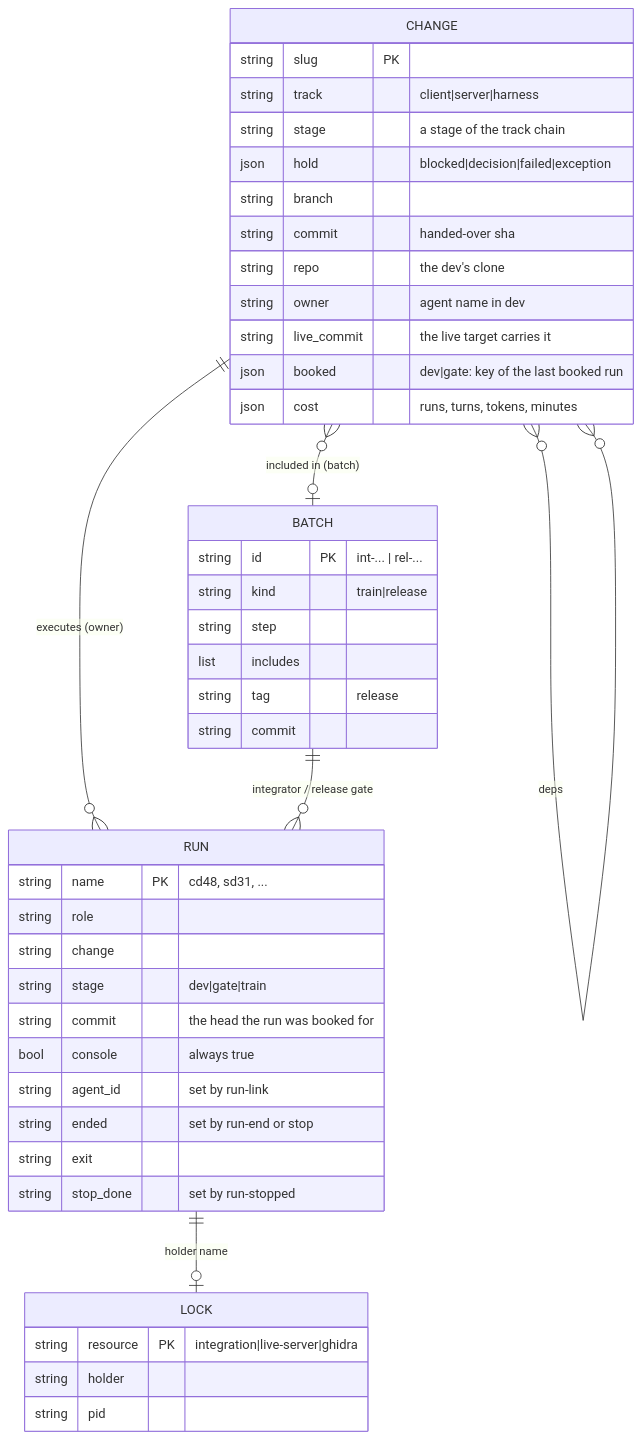
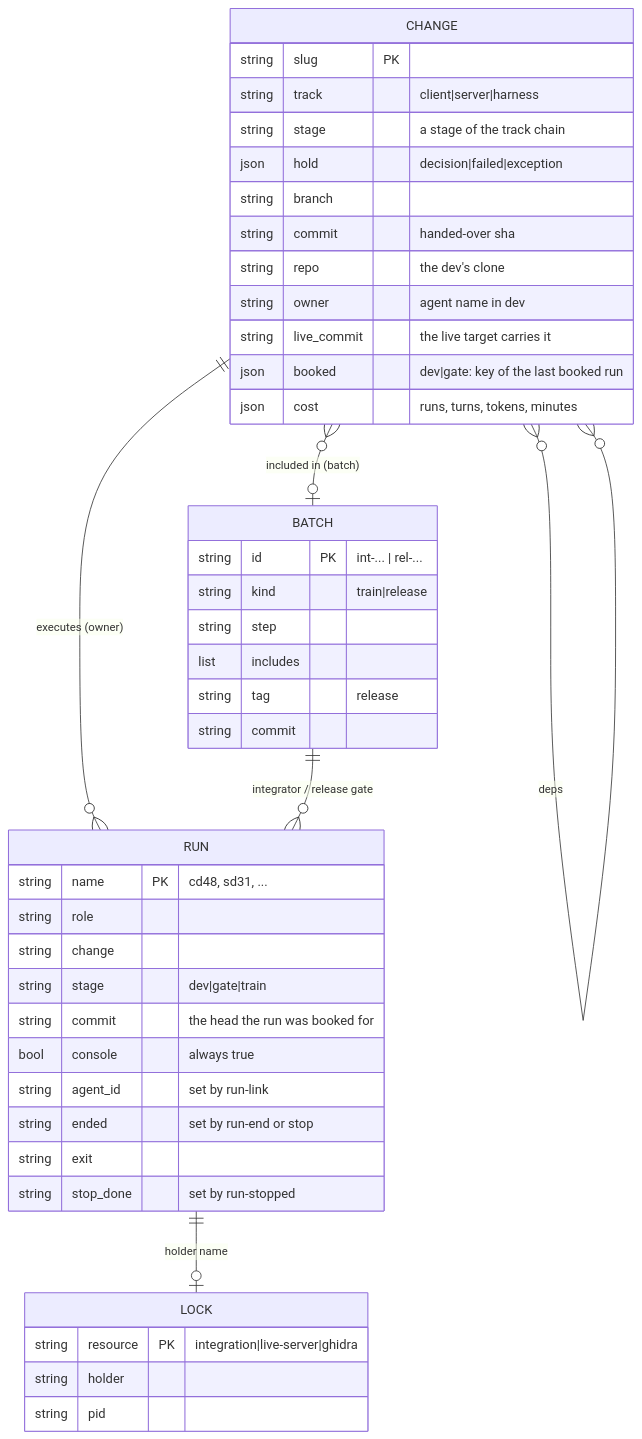
One commit to AlexPerrin/osrs-harness changed the second of 7 diagrams in docs/ARCHITECTURE.md. Above: the diagram before and after it, drawn with Mermaid. The commit also changed other lines of this file and 28 other files, not shown here.

````diff
--- a/docs/ARCHITECTURE.md
+++ b/docs/ARCHITECTURE.md
@@ -91,46 +94,46 @@
 ```mermaid
 erDiagram
   CHANGE ||--o{ RUN : "executes (owner)"
   CHANGE }o--o{ CHANGE : "deps"
   CHANGE }o--o| BATCH : "included in (batch)"
   BATCH ||--o{ RUN : "integrator / release gate"
   RUN ||--o| LOCK : "holder name"
   CHANGE {
     string slug PK
     string track "client|server|harness"
     string stage "a stage of the track chain"
-    json hold "blocked|decision|failed|exception"
+    json hold "decision|failed|exception"
     string branch
     string commit "handed-over sha"
     string repo "the dev's clone"
     string owner "agent name in dev"
     string live_commit "the live target carries it"
     json booked "dev|gate: key of the last booked run"
     json cost "runs, turns, tokens, minutes"
   }
   RUN {
     string name PK "cd48, sd31, ..."
     string role
     string change
     string stage "dev|gate|train"
     string commit "the head the run was booked for"
     bool console "always true"
     string agent_id "set by run-link"
     string ended "set by run-end or stop"
     string exit
     string stop_done "set by run-stopped"
   }
   BATCH {
     string id PK "int-... | rel-..."
     string kind "train|release"
     string step
     list includes
     string tag "release"
     string commit
   }
   LOCK {
     string resource PK "integration|live-server|ghidra"
     string holder
     string pid
   }
 ```
````
